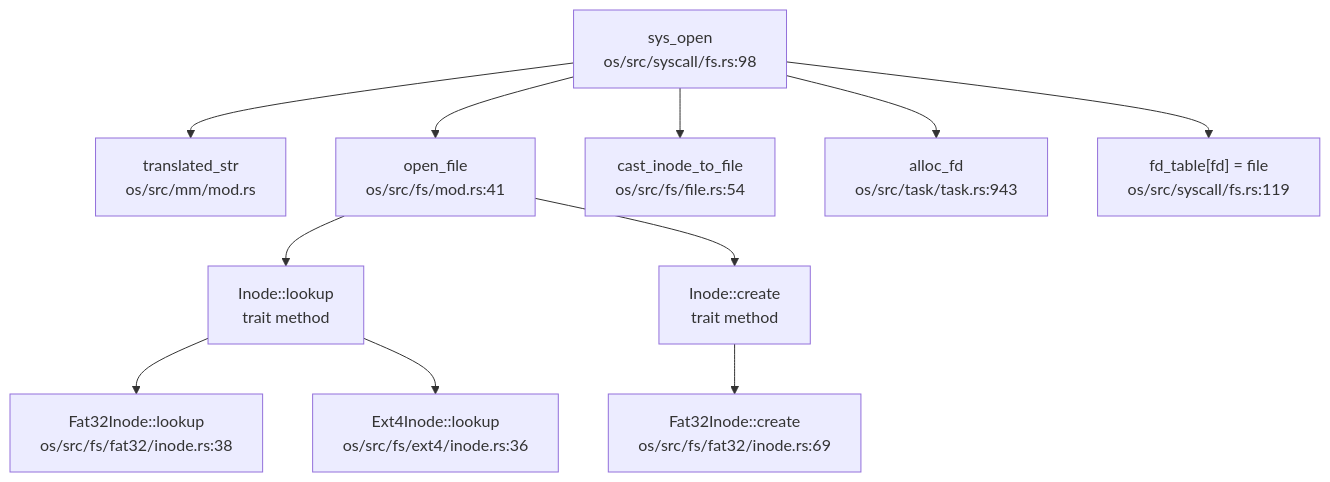
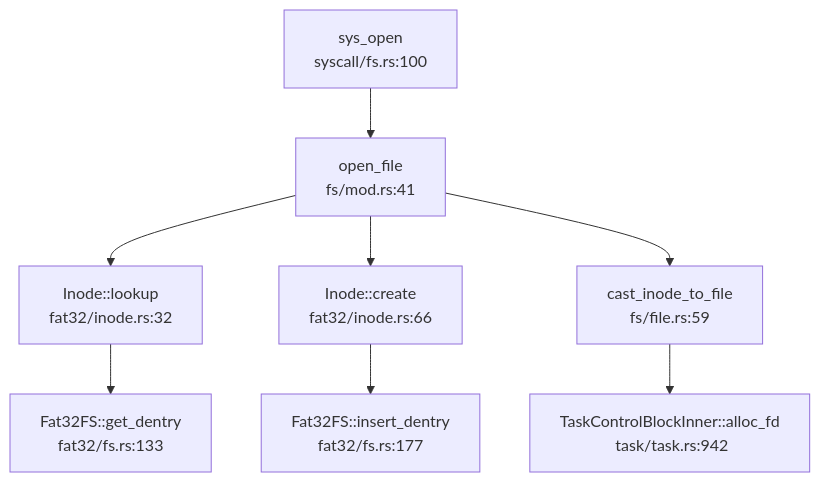
One commit to Freefor100/OS-Agent changed the diagram in output/oskernel2024-chaos/sections/06_文件系统VFS__具体_FS.md. Above: the diagram before and after it, drawn with Mermaid. The commit also changed other lines of this file and 118 other files, not shown here.

````diff
--- a/output/oskernel2024-chaos/sections/06_文件系统VFS__具体_FS.md
+++ b/output/oskernel2024-chaos/sections/06_文件系统VFS__具体_FS.md
@@ -404,24 +431,18 @@
 ```mermaid
 graph TD
-  A["sys_open
-os/src/syscall/fs.rs:98"] --> B["translated_str
-os/src/mm/mod.rs"]
-  A --> C["open_file
-os/src/fs/mod.rs:41"]
-  C --> D["Inode::lookup
-trait method"]
-  D --> E["Fat32Inode::lookup
-os/src/fs/fat32/inode.rs:38"]
-  D --> F["Ext4Inode::lookup
-os/src/fs/ext4/inode.rs:36"]
-  C --> G["Inode::create
-trait method"]
-  G --> H["Fat32Inode::create
-os/src/fs/fat32/inode.rs:69"]
-  A --> I["cast_inode_to_file
-os/src/fs/file.rs:54"]
-  A --> J["alloc_fd
-os/src/task/task.rs:943"]
-  A --> K["fd_table[fd] = file
-os/src/syscall/fs.rs:119"]
+    A["sys_open
+ syscall/fs.rs:100"] --> B["open_file
+ fs/mod.rs:41"]
+    B --> C["Inode::lookup
+ fat32/inode.rs:32"]
+    B --> D["Inode::create
+ fat32/inode.rs:66"]
+    C --> E["Fat32FS::get_dentry
+ fat32/fs.rs:133"]
+    D --> F["Fat32FS::insert_dentry
+ fat32/fs.rs:177"]
+    B --> G["cast_inode_to_file
+ fs/file.rs:59"]
+    G --> H["TaskControlBlockInner::alloc_fd
+ task/task.rs:942"]
 ```
````
